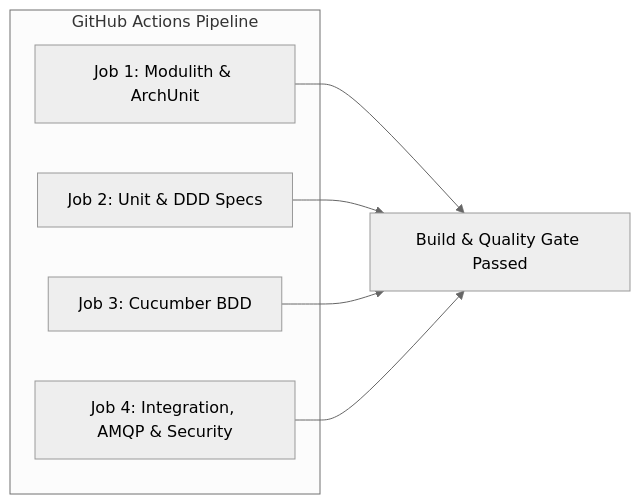
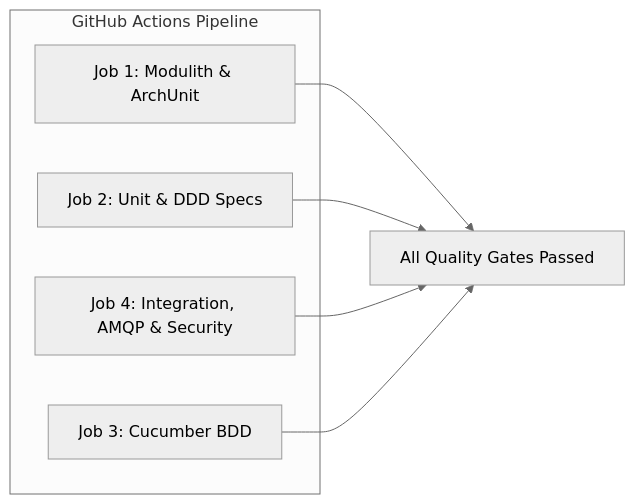
One commit to SyncopeSDBIS/supply_chain_and_vendor_management_system changed the fourth of 4 diagrams in RAPORT_AUDIT_PRE_RELEASE.md. Above: the diagram before and after it, drawn with Mermaid (neutral theme). The commit also changed other lines of this file, not shown here.

````diff
--- a/RAPORT_AUDIT_PRE_RELEASE.md
+++ b/RAPORT_AUDIT_PRE_RELEASE.md
@@ -229,14 +230,14 @@
 ```mermaid
 flowchart LR
     subgraph GitHub Actions Pipeline
         J1[Job 1: Modulith & ArchUnit]
         J2[Job 2: Unit & DDD Specs]
-        J3[Job 3: Cucumber BDD]
-        J4[Job 4: Integration, AMQP & Security]
+        J3[Job 4: Integration, AMQP & Security]
+        J4[Job 3: Cucumber BDD]
     end
 
-    J1 --> PASS[Build & Quality Gate Passed]
+    J1 --> PASS[All Quality Gates Passed]
     J2 --> PASS
     J3 --> PASS
     J4 --> PASS
 ```
````
